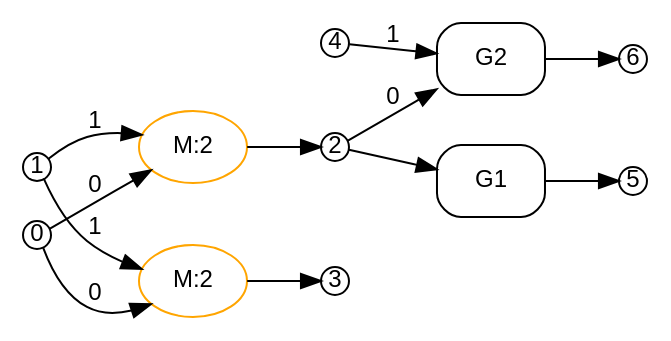
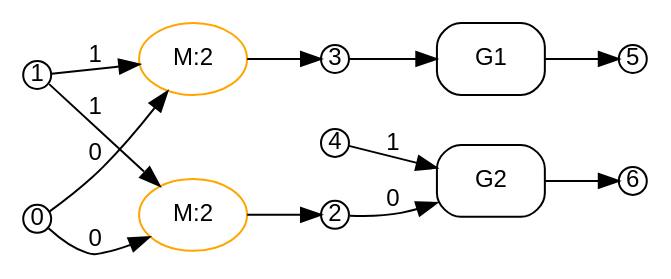
One commit to ammatsui/bhypvis changed the diagram in crates/bhyp/images/test_copy_subst_commute/path1_substitution_result_span_left.dot. Above: the diagram before and after it, drawn with Graphviz. The commit also changed 738 other files, not shown here.

```diff
--- a/crates/bhyp/images/test_copy_subst_commute/path1_substitution_result_span_left.dot
+++ b/crates/bhyp/images/test_copy_subst_commute/path1_substitution_result_span_left.dot
@@ -1,37 +1,37 @@
 digraph path1_substitution_result_span_left {
   fontname="Helvetica"
   fontsize=12
   rankdir=LR;
   node [fontname="Helvetica", fontsize=12];
   edge [fontname="Helvetica", fontsize=12];
 
   // Nodes
+  n1 [label="1", shape=circle, style=filled, fillcolor=white, color="black", width=0.2, height=0.2, fixedsize=true];
+  n6 [label="6", shape=circle, style=filled, fillcolor=white, color="black", width=0.2, height=0.2, fixedsize=true];
+  n0 [label="0", shape=circle, style=filled, fillcolor=white, color="black", width=0.2, height=0.2, fixedsize=true];
+  n5 [label="5", shape=circle, style=filled, fillcolor=white, color="black", width=0.2, height=0.2, fixedsize=true];
+  n3 [label="3", shape=circle, style=filled, fillcolor=white, color="black", width=0.2, height=0.2, fixedsize=true];
+  n2 [label="2", shape=circle, style=filled, fillcolor=white, color="black", width=0.2, height=0.2, fixedsize=true];
   n4 [label="4", shape=circle, style=filled, fillcolor=white, color="black", width=0.2, height=0.2, fixedsize=true];
-  n3 [label="3", shape=circle, style=filled, fillcolor=white, color="black", width=0.2, height=0.2, fixedsize=true];
-  n5 [label="5", shape=circle, style=filled, fillcolor=white, color="black", width=0.2, height=0.2, fixedsize=true];
-  n6 [label="6", shape=circle, style=filled, fillcolor=white, color="black", width=0.2, height=0.2, fixedsize=true];
-  n1 [label="1", shape=circle, style=filled, fillcolor=white, color="black", width=0.2, height=0.2, fixedsize=true];
-  n2 [label="2", shape=circle, style=filled, fillcolor=white, color="black", width=0.2, height=0.2, fixedsize=true];
-  n0 [label="0", shape=circle, style=filled, fillcolor=white, color="black", width=0.2, height=0.2, fixedsize=true];
 
   // Hyperedges
+  e2 [label="G2", shape=box, style=rounded, color="black"];
   e1 [label="M:2", shape=ellipse, style=rounded, color="orange"];
   e0 [label="M:2", shape=ellipse, style=rounded, color="orange"];
   e3 [label="G1", shape=box, style=rounded, color="black"];
-  e2 [label="G2", shape=box, style=rounded, color="black"];
 
   // Source connections
+  n2 -> e2 [label="0"];
+  n4 -> e2 [label="1"];
   n0 -> e1 [label="0"];
   n1 -> e1 [label="1"];
   n0 -> e0 [label="0"];
   n1 -> e0 [label="1"];
-  n2 -> e3 [label=""];
-  n2 -> e2 [label="0"];
-  n4 -> e2 [label="1"];
+  n3 -> e3 [label=""];
 
   // Target connections
+  e2 -> n6 [label=""];
   e1 -> n3 [label=""];
   e0 -> n2 [label=""];
   e3 -> n5 [label=""];
-  e2 -> n6 [label=""];
 }
```
